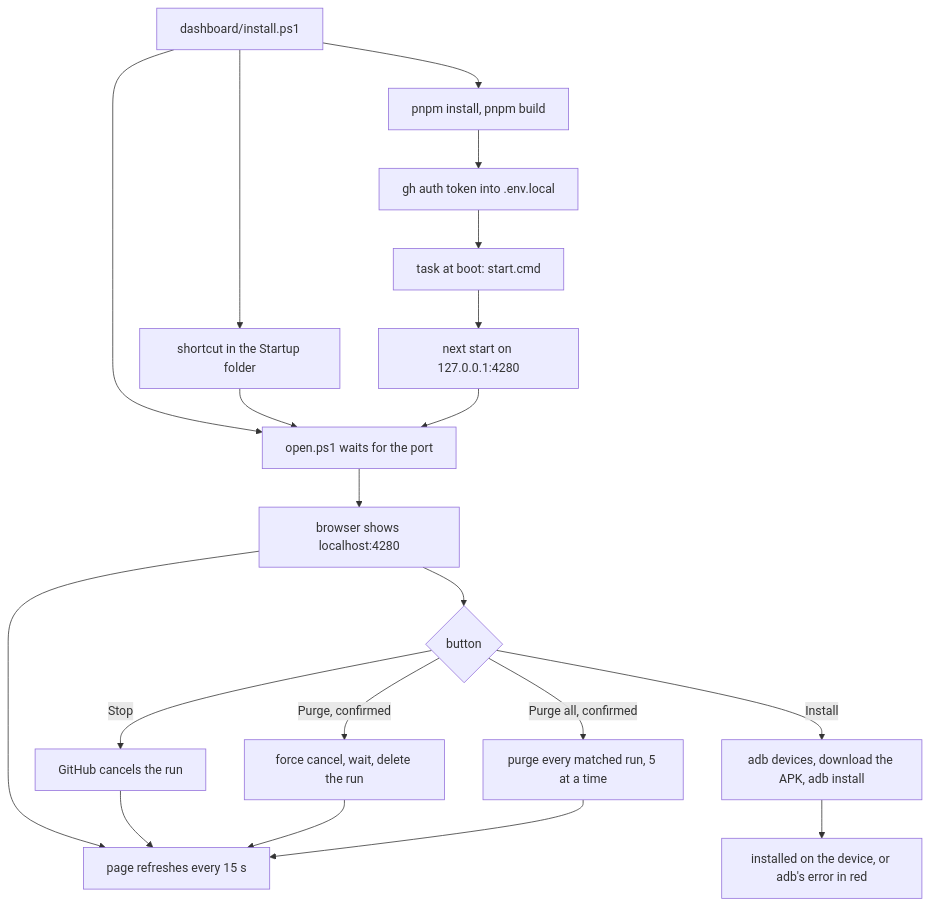
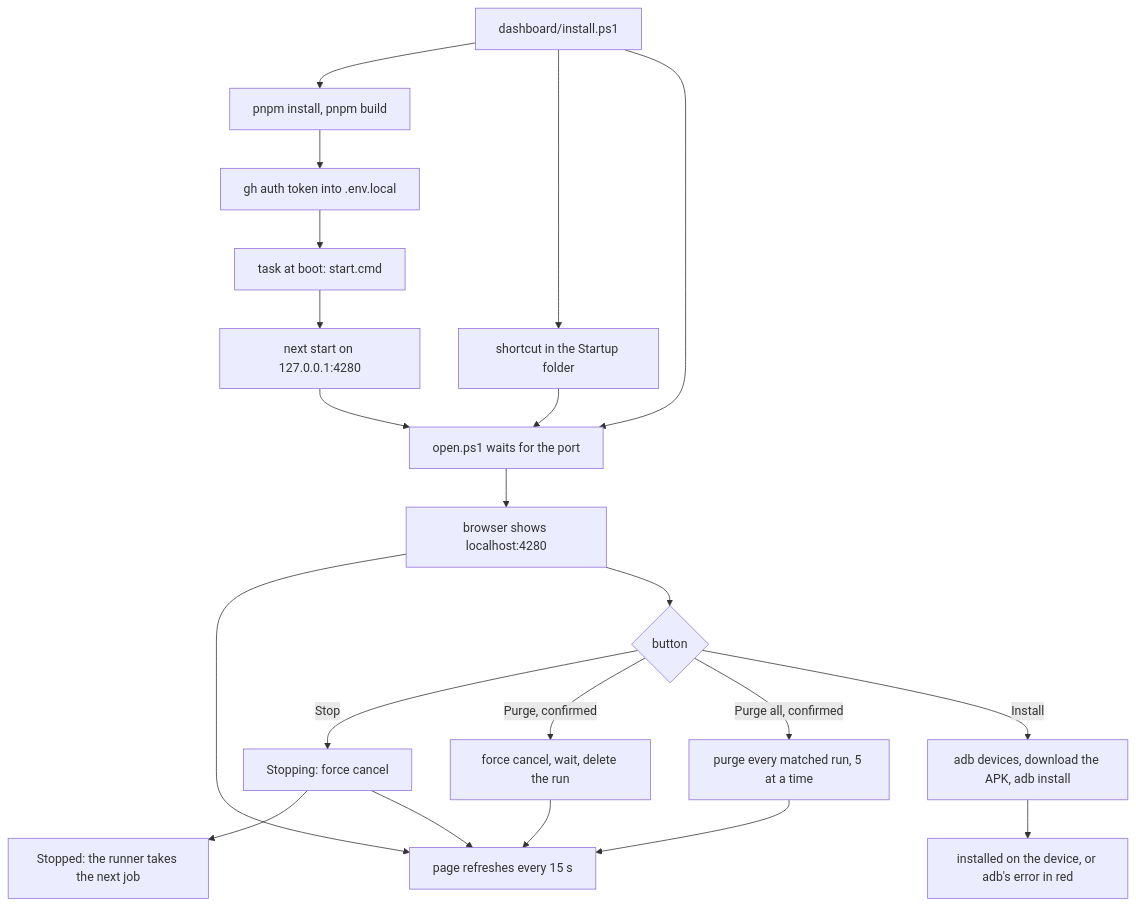
One commit to workbench-soft/local-ci changed the fifth of 5 diagrams in docs/user-flows.md. Above: the diagram before and after it, drawn with Mermaid. The commit also changed other lines of this file and 4 other files, not shown here.

Commit message:
docs: Stopping, Stopped and the force cancel on Stop

````diff
--- a/docs/user-flows.md
+++ b/docs/user-flows.md
@@ -106,19 +107,19 @@
 ```mermaid
 flowchart TD
   A[dashboard/install.ps1] --> B[pnpm install, pnpm build]
   B --> C[gh auth token into .env.local]
   C --> D[task at boot: start.cmd]
   D --> E[next start on 127.0.0.1:4280]
   A --> S[shortcut in the Startup folder]
   A & S --> O[open.ps1 waits for the port]
   E --> O
   O --> F[browser shows localhost:4280]
   F --> G[page refreshes every 15 s]
   F --> H{button}
-  H -- Stop --> I[GitHub cancels the run]
+  H -- Stop --> I[Stopping: force cancel] --> I2[Stopped: the runner takes the next job]
   H -- Purge, confirmed --> J[force cancel, wait, delete the run]
   H -- Purge all, confirmed --> P[purge every matched run, 5 at a time]
   H -- Install --> K[adb devices, download the APK, adb install]
   K --> L[installed on the device, or adb's error in red]
   I & J & P --> G
 ```
````
